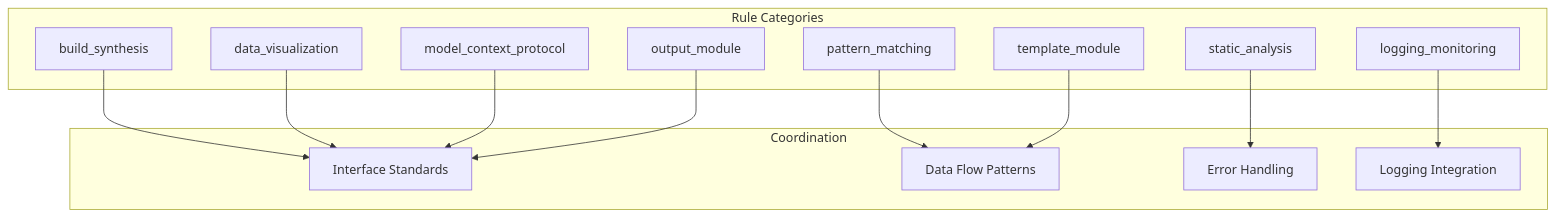
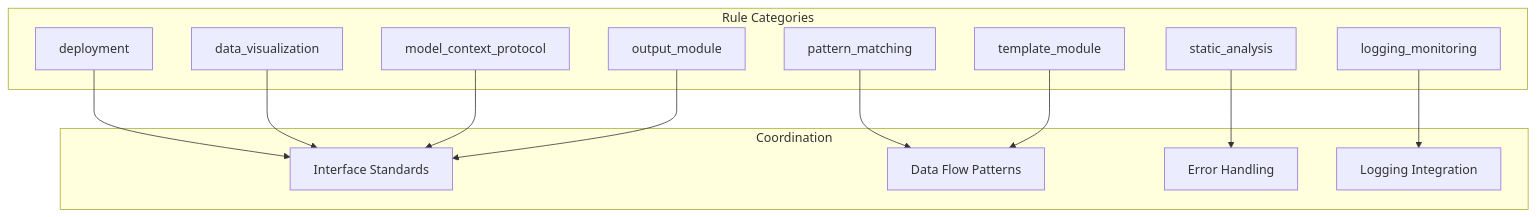
One commit to docxology/codomyrmex changed the diagram in cursorrules/cross-module/SPEC.md. Above: the diagram before and after it, drawn with Mermaid. The commit also changed other lines of this file and 2169 other files, not shown here.

````diff
--- a/cursorrules/cross-module/SPEC.md
+++ b/cursorrules/cross-module/SPEC.md
@@ -49,29 +49,29 @@
 ```mermaid
 graph TD
     subgraph "Rule Categories"
-        Build[build_synthesis]
+        Build[deployment]
         Viz[data_visualization]
         Log[logging_monitoring]
         MCP[model_context_protocol]
         Output[output_module]
         Pattern[pattern_matching]
         Static[static_analysis]
         Template[template_module]
     end
 
     subgraph "Coordination"
         Interface[Interface Standards]
         DataFlow[Data Flow Patterns]
         ErrorHandling[Error Handling]
         Logging[Logging Integration]
     end
 
     Build --> Interface
     Viz --> Interface
     Log --> Logging
     MCP --> Interface
     Pattern --> DataFlow
     Static --> ErrorHandling
     Template --> DataFlow
     Output --> Interface
 ```
````
